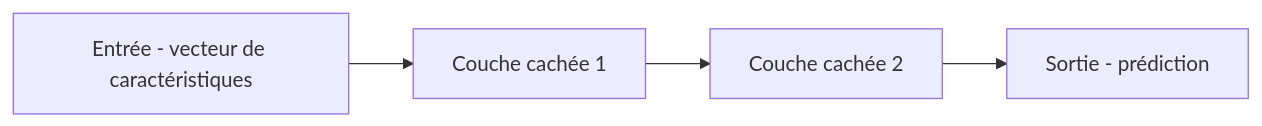
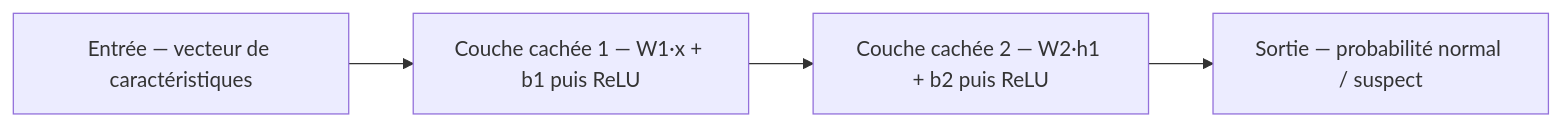
One commit to AureDulvresse/nyx changed the first of 2 diagrams in content/courses/ia-cybersecurity/01-panorama-reseaux-neurones-llm.md. Above: the diagram before and after it, drawn with Mermaid. The commit also changed other lines of this file and 167 other files, not shown here.

````diff
--- a/content/courses/ia-cybersecurity/01-panorama-reseaux-neurones-llm.md
+++ b/content/courses/ia-cybersecurity/01-panorama-reseaux-neurones-llm.md
@@ -25,6 +39,6 @@
 ```mermaid
 graph LR
-    A[Entrée - vecteur de caractéristiques] --> B[Couche cachée 1]
-    B --> C[Couche cachée 2]
-    C --> D[Sortie - prédiction]
+    A["Entrée — vecteur de caractéristiques"] --> B["Couche cachée 1 — W1·x + b1 puis ReLU"]
+    B --> C["Couche cachée 2 — W2·h1 + b2 puis ReLU"]
+    C --> D["Sortie — probabilité normal / suspect"]
 ```
````
